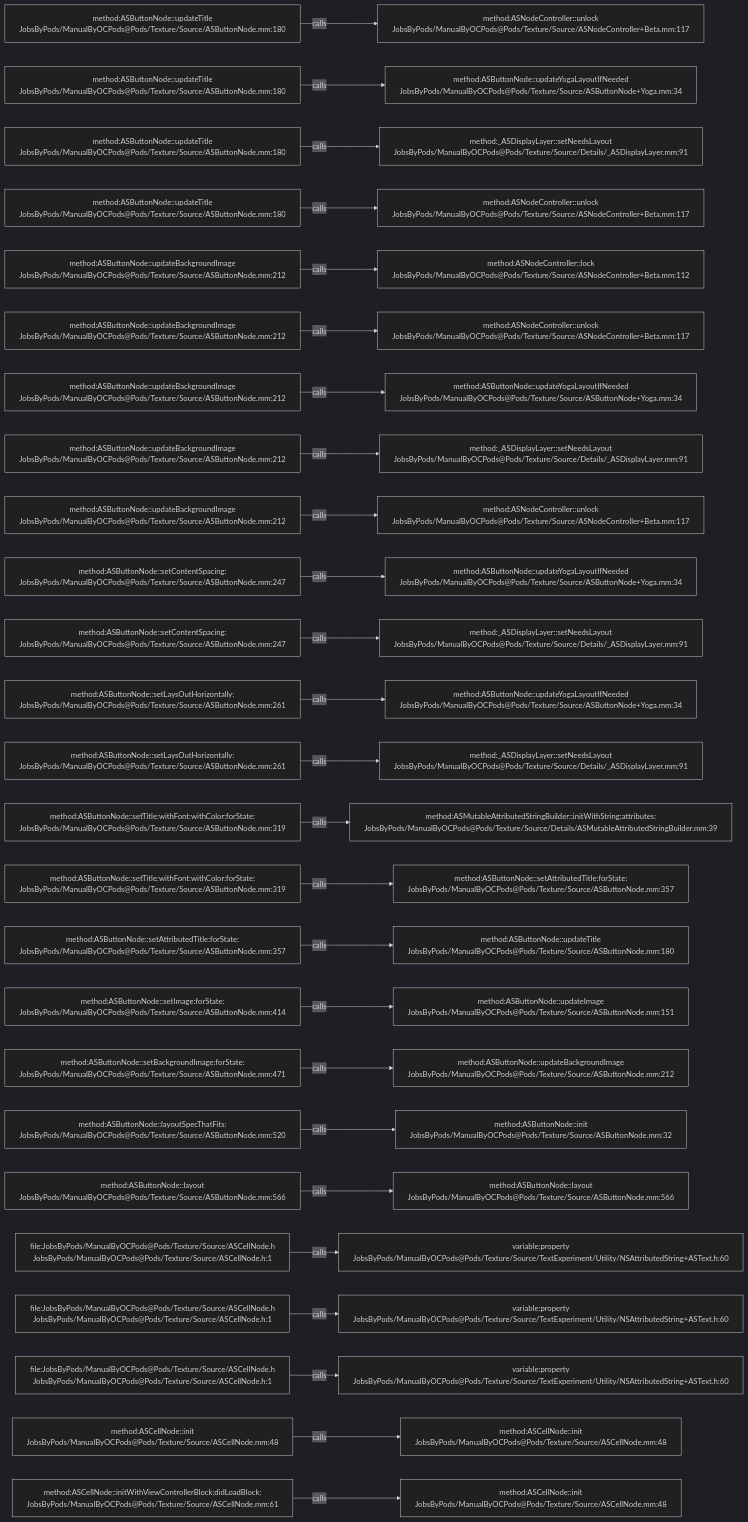
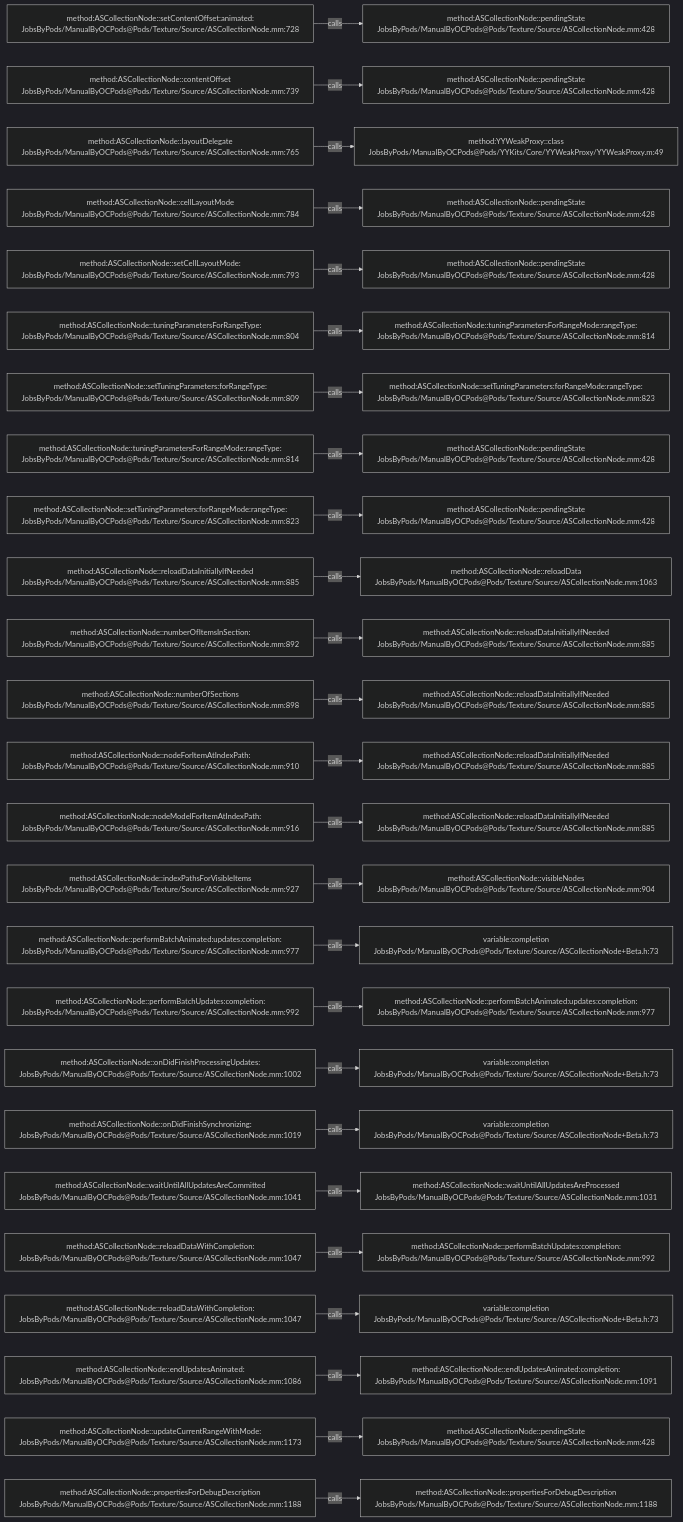
Before and after one commit to JobsKits/JobsOCBaseConfigDemo: the diagram in .codegraph/codegraph.md/graphs/calls-064.md, drawn with Mermaid (dark theme). The commit also changed 2723 other files, not shown here.

````diff
--- a/.codegraph/codegraph.md/graphs/calls-064.md
+++ b/.codegraph/codegraph.md/graphs/calls-064.md
@@ -13,78 +13,78 @@
 ```mermaid
 flowchart LR
-  S1["method:ASButtonNode::updateTitle<br/>JobsByPods/ManualByOCPods@Pods/Texture/Source/ASButtonNode.mm:180"]
-  T1["method:ASNodeController::unlock<br/>JobsByPods/ManualByOCPods@Pods/Texture/Source/ASNodeController+Beta.mm:117"]
+  S1["method:ASCollectionNode::setContentOffset:animated:<br/>JobsByPods/ManualByOCPods@Pods/Texture/Source/ASCollectionNode.mm:728"]
+  T1["method:ASCollectionNode::pendingState<br/>JobsByPods/ManualByOCPods@Pods/Texture/Source/ASCollectionNode.mm:428"]
   S1 -->|calls| T1
-  S2["method:ASButtonNode::updateTitle<br/>JobsByPods/ManualByOCPods@Pods/Texture/Source/ASButtonNode.mm:180"]
-  T2["method:ASButtonNode::updateYogaLayoutIfNeeded<br/>JobsByPods/ManualByOCPods@Pods/Texture/Source/ASButtonNode+Yoga.mm:34"]
+  S2["method:ASCollectionNode::contentOffset<br/>JobsByPods/ManualByOCPods@Pods/Texture/Source/ASCollectionNode.mm:739"]
+  T2["method:ASCollectionNode::pendingState<br/>JobsByPods/ManualByOCPods@Pods/Texture/Source/ASCollectionNode.mm:428"]
   S2 -->|calls| T2
-  S3["method:ASButtonNode::updateTitle<br/>JobsByPods/ManualByOCPods@Pods/Texture/Source/ASButtonNode.mm:180"]
-  T3["method:_ASDisplayLayer::setNeedsLayout<br/>JobsByPods/ManualByOCPods@Pods/Texture/Source/Details/_ASDisplayLayer.mm:91"]
+  S3["method:ASCollectionNode::layoutDelegate<br/>JobsByPods/ManualByOCPods@Pods/Texture/Source/ASCollectionNode.mm:765"]
+  T3["method:YYWeakProxy::class<br/>JobsByPods/ManualByOCPods@Pods/YYKits/Core/YYWeakProxy/YYWeakProxy.m:49"]
   S3 -->|calls| T3
-  S4["method:ASButtonNode::updateTitle<br/>JobsByPods/ManualByOCPods@Pods/Texture/Source/ASButtonNode.mm:180"]
-  T4["method:ASNodeController::unlock<br/>JobsByPods/ManualByOCPods@Pods/Texture/Source/ASNodeController+Beta.mm:117"]
+  S4["method:ASCollectionNode::cellLayoutMode<br/>JobsByPods/ManualByOCPods@Pods/Texture/Source/ASCollectionNode.mm:784"]
+  T4["method:ASCollectionNode::pendingState<br/>JobsByPods/ManualByOCPods@Pods/Texture/Source/ASCollectionNode.mm:428"]
   S4 -->|calls| T4
-  S5["method:ASButtonNode::updateBackgroundImage<br/>JobsByPods/ManualByOCPods@Pods/Texture/Source/ASButtonNode.mm:212"]
-  T5["method:ASNodeController::lock<br/>JobsByPods/ManualByOCPods@Pods/Texture/Source/ASNodeController+Beta.mm:112"]
+  S5["method:ASCollectionNode::setCellLayoutMode:<br/>JobsByPods/ManualByOCPods@Pods/Texture/Source/ASCollectionNode.mm:793"]
+  T5["method:ASCollectionNode::pendingState<br/>JobsByPods/ManualByOCPods@Pods/Texture/Source/ASCollectionNode.mm:428"]
   S5 -->|calls| T5
-  S6["method:ASButtonNode::updateBackgroundImage<br/>JobsByPods/ManualByOCPods@Pods/Texture/Source/ASButtonNode.mm:212"]
-  T6["method:ASNodeController::unlock<br/>JobsByPods/ManualByOCPods@Pods/Texture/Source/ASNodeController+Beta.mm:117"]
+  S6["method:ASCollectionNode::tuningParametersForRangeType:<br/>JobsByPods/ManualByOCPods@Pods/Texture/Source/ASCollectionNode.mm:804"]
+  T6["method:ASCollectionNode::tuningParametersForRangeMode:rangeType:<br/>JobsByPods/ManualByOCPods@Pods/Texture/Source/ASCollectionNode.mm:814"]
   S6 -->|calls| T6
-  S7["method:ASButtonNode::updateBackgroundImage<br/>JobsByPods/ManualByOCPods@Pods/Texture/Source/ASButtonNode.mm:212"]
-  T7["method:ASButtonNode::updateYogaLayoutIfNeeded<br/>JobsByPods/ManualByOCPods@Pods/Texture/Source/ASButtonNode+Yoga.mm:34"]
+  S7["method:ASCollectionNode::setTuningParameters:forRangeType:<br/>JobsByPods/ManualByOCPods@Pods/Texture/Source/ASCollectionNode.mm:809"]
+  T7["method:ASCollectionNode::setTuningParameters:forRangeMode:rangeType:<br/>JobsByPods/ManualByOCPods@Pods/Texture/Source/ASCollectionNode.mm:823"]
   S7 -->|calls| T7
-  S8["method:ASButtonNode::updateBackgroundImage<br/>JobsByPods/ManualByOCPods@Pods/Texture/Source/ASButtonNode.mm:212"]
-  T8["method:_ASDisplayLayer::setNeedsLayout<br/>JobsByPods/ManualByOCPods@Pods/Texture/Source/Details/_ASDisplayLayer.mm:91"]
+  S8["method:ASCollectionNode::tuningParametersForRangeMode:rangeType:<br/>JobsByPods/ManualByOCPods@Pods/Texture/Source/ASCollectionNode.mm:814"]
+  T8["method:ASCollectionNode::pendingState<br/>JobsByPods/ManualByOCPods@Pods/Texture/Source/ASCollectionNode.mm:428"]
   S8 -->|calls| T8
-  S9["method:ASButtonNode::updateBackgroundImage<br/>JobsByPods/ManualByOCPods@Pods/Texture/Source/ASButtonNode.mm:212"]
-  T9["method:ASNodeController::unlock<br/>JobsByPods/ManualByOCPods@Pods/Texture/Source/ASNodeController+Beta.mm:117"]
+  S9["method:ASCollectionNode::setTuningParameters:forRangeMode:rangeType:<br/>JobsByPods/ManualByOCPods@Pods/Texture/Source/ASCollectionNode.mm:823"]
+  T9["method:ASCollectionNode::pendingState<br/>JobsByPods/ManualByOCPods@Pods/Texture/Source/ASCollectionNode.mm:428"]
   S9 -->|calls| T9
-  S10["method:ASButtonNode::setContentSpacing:<br/>JobsByPods/ManualByOCPods@Pods/Texture/Source/ASButtonNode.mm:247"]
-  T10["method:ASButtonNode::updateYogaLayoutIfNeeded<br/>JobsByPods/ManualByOCPods@Pods/Texture/Source/ASButtonNode+Yoga.mm:34"]
+  S10["method:ASCollectionNode::reloadDataInitiallyIfNeeded<br/>JobsByPods/ManualByOCPods@Pods/Texture/Source/ASCollectionNode.mm:885"]
+  T10["method:ASCollectionNode::reloadData<br/>JobsByPods/ManualByOCPods@Pods/Texture/Source/ASCollectionNode.mm:1063"]
   S10 -->|calls| T10
-  S11["method:ASButtonNode::setContentSpacing:<br/>JobsByPods/ManualByOCPods@Pods/Texture/Source/ASButtonNode.mm:247"]
-  T11["method:_ASDisplayLayer::setNeedsLayout<br/>JobsByPods/ManualByOCPods@Pods/Texture/Source/Details/_ASDisplayLayer.mm:91"]
+  S11["method:ASCollectionNode::numberOfItemsInSection:<br/>JobsByPods/ManualByOCPods@Pods/Texture/Source/ASCollectionNode.mm:892"]
+  T11["method:ASCollectionNode::reloadDataInitiallyIfNeeded<br/>JobsByPods/ManualByOCPods@Pods/Texture/Source/ASCollectionNode.mm:885"]
   S11 -->|calls| T11
-  S12["method:ASButtonNode::setLaysOutHorizontally:<br/>JobsByPods/ManualByOCPods@Pods/Texture/Source/ASButtonNode.mm:261"]
-  T12["method:ASButtonNode::updateYogaLayoutIfNeeded<br/>JobsByPods/ManualByOCPods@Pods/Texture/Source/ASButtonNode+Yoga.mm:34"]
+  S12["method:ASCollectionNode::numberOfSections<br/>JobsByPods/ManualByOCPods@Pods/Texture/Source/ASCollectionNode.mm:898"]
+  T12["method:ASCollectionNode::reloadDataInitiallyIfNeeded<br/>JobsByPods/ManualByOCPods@Pods/Texture/Source/ASCollectionNode.mm:885"]
   S12 -->|calls| T12
-  S13["method:ASButtonNode::setLaysOutHorizontally:<br/>JobsByPods/ManualByOCPods@Pods/Texture/Source/ASButtonNode.mm:261"]
-  T13["method:_ASDisplayLayer::setNeedsLayout<br/>JobsByPods/ManualByOCPods@Pods/Texture/Source/Details/_ASDisplayLayer.mm:91"]
+  S13["method:ASCollectionNode::nodeForItemAtIndexPath:<br/>JobsByPods/ManualByOCPods@Pods/Texture/Source/ASCollectionNode.mm:910"]
+  T13["method:ASCollectionNode::reloadDataInitiallyIfNeeded<br/>JobsByPods/ManualByOCPods@Pods/Texture/Source/ASCollectionNode.mm:885"]
   S13 -->|calls| T13
-  S14["method:ASButtonNode::setTitle:withFont:withColor:forState:<br/>JobsByPods/ManualByOCPods@Pods/Texture/Source/ASButtonNode.mm:319"]
-  T14["method:ASMutableAttributedStringBuilder::initWithString:attributes:<br/>JobsByPods/ManualByOCPods@Pods/Texture/Source/Details/ASMutableAttributedStringBuilder.mm:39"]
+  S14["method:ASCollectionNode::nodeModelForItemAtIndexPath:<br/>JobsByPods/ManualByOCPods@Pods/Texture/Source/ASCollectionNode.mm:916"]
+  T14["method:ASCollectionNode::reloadDataInitiallyIfNeeded<br/>JobsByPods/ManualByOCPods@Pods/Texture/Source/ASCollectionNode.mm:885"]
   S14 -->|calls| T14
-  S15["method:ASButtonNode::setTitle:withFont:withColor:forState:<br/>JobsByPods/ManualByOCPods@Pods/Texture/Source/ASButtonNode.mm:319"]
-  T15["method:ASButtonNode::setAttributedTitle:forState:<br/>JobsByPods/ManualByOCPods@Pods/Texture/Source/ASButtonNode.mm:357"]
+  S15["method:ASCollectionNode::indexPathsForVisibleItems<br/>JobsByPods/ManualByOCPods@Pods/Texture/Source/ASCollectionNode.mm:927"]
+  T15["method:ASCollectionNode::visibleNodes<br/>JobsByPods/ManualByOCPods@Pods/Texture/Source/ASCollectionNode.mm:904"]
   S15 -->|calls| T15
-  S16["method:ASButtonNode::setAttributedTitle:forState:<br/>JobsByPods/ManualByOCPods@Pods/Texture/Source/ASButtonNode.mm:357"]
-  T16["method:ASButtonNode::updateTitle<br/>JobsByPods/ManualByOCPods@Pods/Texture/Source/ASButtonNode.mm:180"]
+  S16["method:ASCollectionNode::performBatchAnimated:updates:completion:<br/>JobsByPods/ManualByOCPods@Pods/Texture/Source/ASCollectionNode.mm:977"]
+  T16["variable:completion<br/>JobsByPods/ManualByOCPods@Pods/Texture/Source/ASCollectionNode+Beta.h:73"]
   S16 -->|calls| T16
-  S17["method:ASButtonNode::setImage:forState:<br/>JobsByPods/ManualByOCPods@Pods/Texture/Source/ASButtonNode.mm:414"]
-  T17["method:ASButtonNode::updateImage<br/>JobsByPods/ManualByOCPods@Pods/Texture/Source/ASButtonNode.mm:151"]
+  S17["method:ASCollectionNode::performBatchUpdates:completion:<br/>JobsByPods/ManualByOCPods@Pods/Texture/Source/ASCollectionNode.mm:992"]
+  T17["method:ASCollectionNode::performBatchAnimated:updates:completion:<br/>JobsByPods/ManualByOCPods@Pods/Texture/Source/ASCollectionNode.mm:977"]
   S17 -->|calls| T17
-  S18["method:ASButtonNode::setBackgroundImage:forState:<br/>JobsByPods/ManualByOCPods@Pods/Texture/Source/ASButtonNode.mm:471"]
-  T18["method:ASButtonNode::updateBackgroundImage<br/>JobsByPods/ManualByOCPods@Pods/Texture/Source/ASButtonNode.mm:212"]
+  S18["method:ASCollectionNode::onDidFinishProcessingUpdates:<br/>JobsByPods/ManualByOCPods@Pods/Texture/Source/ASCollectionNode.mm:1002"]
+  T18["variable:completion<br/>JobsByPods/ManualByOCPods@Pods/Texture/Source/ASCollectionNode+Beta.h:73"]
   S18 -->|calls| T18
-  S19["method:ASButtonNode::layoutSpecThatFits:<br/>JobsByPods/ManualByOCPods@Pods/Texture/Source/ASButtonNode.mm:520"]
-  T19["method:ASButtonNode::init<br/>JobsByPods/ManualByOCPods@Pods/Texture/Source/ASButtonNode.mm:32"]
+  S19["method:ASCollectionNode::onDidFinishSynchronizing:<br/>JobsByPods/ManualByOCPods@Pods/Texture/Source/ASCollectionNode.mm:1019"]
+  T19["variable:completion<br/>JobsByPods/ManualByOCPods@Pods/Texture/Source/ASCollectionNode+Beta.h:73"]
   S19 -->|calls| T19
-  S20["method:ASButtonNode::layout<br/>JobsByPods/ManualByOCPods@Pods/Texture/Source/ASButtonNode.mm:566"]
-  T20["method:ASButtonNode::layout<br/>JobsByPods/ManualByOCPods@Pods/Texture/Source/ASButtonNode.mm:566"]
+  S20["method:ASCollectionNode::waitUntilAllUpdatesAreCommitted<br/>JobsByPods/ManualByOCPods@Pods/Texture/Source/ASCollectionNode.mm:1041"]
+  T20["method:ASCollectionNode::waitUntilAllUpdatesAreProcessed<br/>JobsByPods/ManualByOCPods@Pods/Texture/Source/ASCollectionNode.mm:1031"]
   S20 -->|calls| T20
-  S21["file:JobsByPods/ManualByOCPods@Pods/Texture/Source/ASCellNode.h<br/>JobsByPods/ManualByOCPods@Pods/Texture/Source/ASCellNode.h:1"]
-  T21["variable:property<br/>JobsByPods/ManualByOCPods@Pods/Texture/Source/TextExperiment/Utility/NSAttributedString+ASText.h:60"]
+  S21["method:ASCollectionNode::reloadDataWithCompletion:<br/>JobsByPods/ManualByOCPods@Pods/Texture/Source/ASCollectionNode.mm:1047"]
+  T21["method:ASCollectionNode::performBatchUpdates:completion:<br/>JobsByPods/ManualByOCPods@Pods/Texture/Source/ASCollectionNode.mm:992"]
   S21 -->|calls| T21
-  S22["file:JobsByPods/ManualByOCPods@Pods/Texture/Source/ASCellNode.h<br/>JobsByPods/ManualByOCPods@Pods/Texture/Source/ASCellNode.h:1"]
-  T22["variable:property<br/>JobsByPods/ManualByOCPods@Pods/Texture/Source/TextExperiment/Utility/NSAttributedString+ASText.h:60"]
+  S22["method:ASCollectionNode::reloadDataWithCompletion:<br/>JobsByPods/ManualByOCPods@Pods/Texture/Source/ASCollectionNode.mm:1047"]
+  T22["variable:completion<br/>JobsByPods/ManualByOCPods@Pods/Texture/Source/ASCollectionNode+Beta.h:73"]
   S22 -->|calls| T22
-  S23["file:JobsByPods/ManualByOCPods@Pods/Texture/Source/ASCellNode.h<br/>JobsByPods/ManualByOCPods@Pods/Texture/Source/ASCellNode.h:1"]
-  T23["variable:property<br/>JobsByPods/ManualByOCPods@Pods/Texture/Source/TextExperiment/Utility/NSAttributedString+ASText.h:60"]
+  S23["method:ASCollectionNode::endUpdatesAnimated:<br/>JobsByPods/ManualByOCPods@Pods/Texture/Source/ASCollectionNode.mm:1086"]
+  T23["method:ASCollectionNode::endUpdatesAnimated:completion:<br/>JobsByPods/ManualByOCPods@Pods/Texture/Source/ASCollectionNode.mm:1091"]
   S23 -->|calls| T23
-  S24["method:ASCellNode::init<br/>JobsByPods/ManualByOCPods@Pods/Texture/Source/ASCellNode.mm:48"]
-  T24["method:ASCellNode::init<br/>JobsByPods/ManualByOCPods@Pods/Texture/Source/ASCellNode.mm:48"]
+  S24["method:ASCollectionNode::updateCurrentRangeWithMode:<br/>JobsByPods/ManualByOCPods@Pods/Texture/Source/ASCollectionNode.mm:1173"]
+  T24["method:ASCollectionNode::pendingState<br/>JobsByPods/ManualByOCPods@Pods/Texture/Source/ASCollectionNode.mm:428"]
   S24 -->|calls| T24
-  S25["method:ASCellNode::initWithViewControllerBlock:didLoadBlock:<br/>JobsByPods/ManualByOCPods@Pods/Texture/Source/ASCellNode.mm:61"]
-  T25["method:ASCellNode::init<br/>JobsByPods/ManualByOCPods@Pods/Texture/Source/ASCellNode.mm:48"]
+  S25["method:ASCollectionNode::propertiesForDebugDescription<br/>JobsByPods/ManualByOCPods@Pods/Texture/Source/ASCollectionNode.mm:1188"]
+  T25["method:ASCollectionNode::propertiesForDebugDescription<br/>JobsByPods/ManualByOCPods@Pods/Texture/Source/ASCollectionNode.mm:1188"]
   S25 -->|calls| T25
 ```
````
